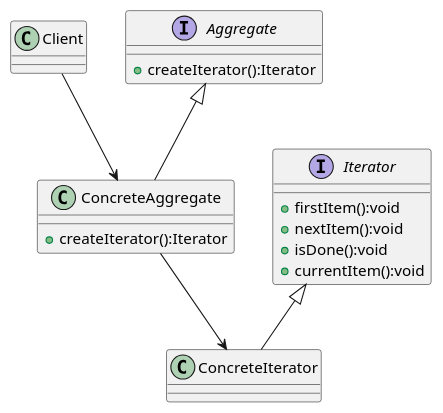
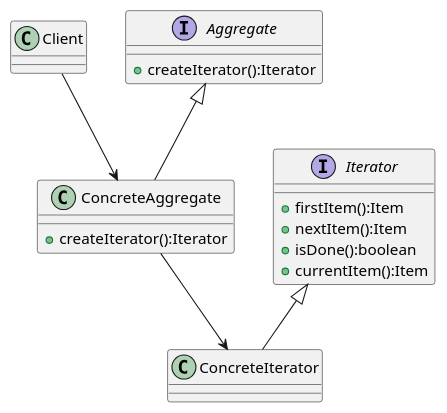
The diagram in src/main/java/com/sda/patterns/behavioral/iterator/iterator.puml (cosminbucur/sda-clean-code), drawn with PlantUML before and after one commit. The commit also changed 252 other files, not shown here.

```diff
--- a/src/main/java/com/sda/patterns/behavioral/iterator/iterator.puml
+++ b/src/main/java/com/sda/patterns/behavioral/iterator/iterator.puml
@@ -1,28 +1,28 @@
 @startuml
 
 class Client
 
 interface Aggregate {
 +createIterator():Iterator
 }
 
 class ConcreteAggregate {
 +createIterator():Iterator
 }
 
 interface Iterator {
-+firstItem():void
-+nextItem():void
-+isDone():void
-+currentItem():void
++firstItem():Item
++nextItem():Item
++isDone():boolean
++currentItem():Item
 }
 
 class ConcreteIterator {
 }
 
 Aggregate <|-- ConcreteAggregate
 Iterator <|-- ConcreteIterator
 ConcreteAggregate --> ConcreteIterator
 Client --> ConcreteAggregate
 
 @enduml
```
